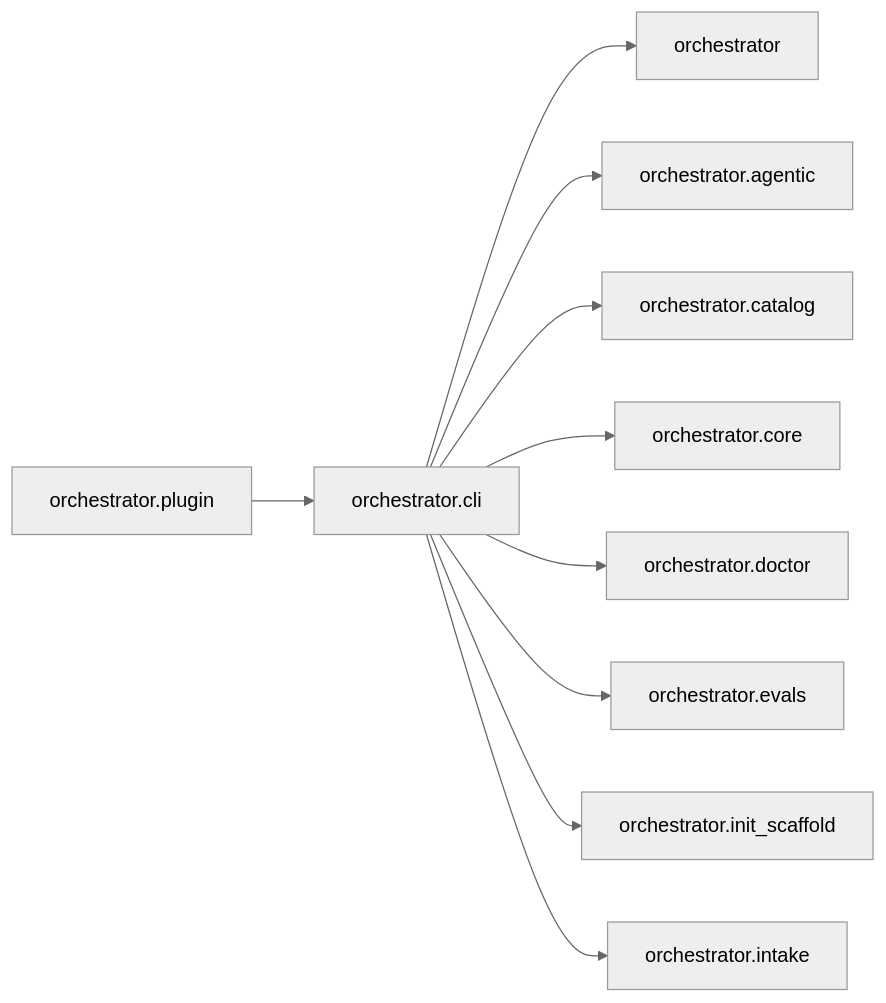
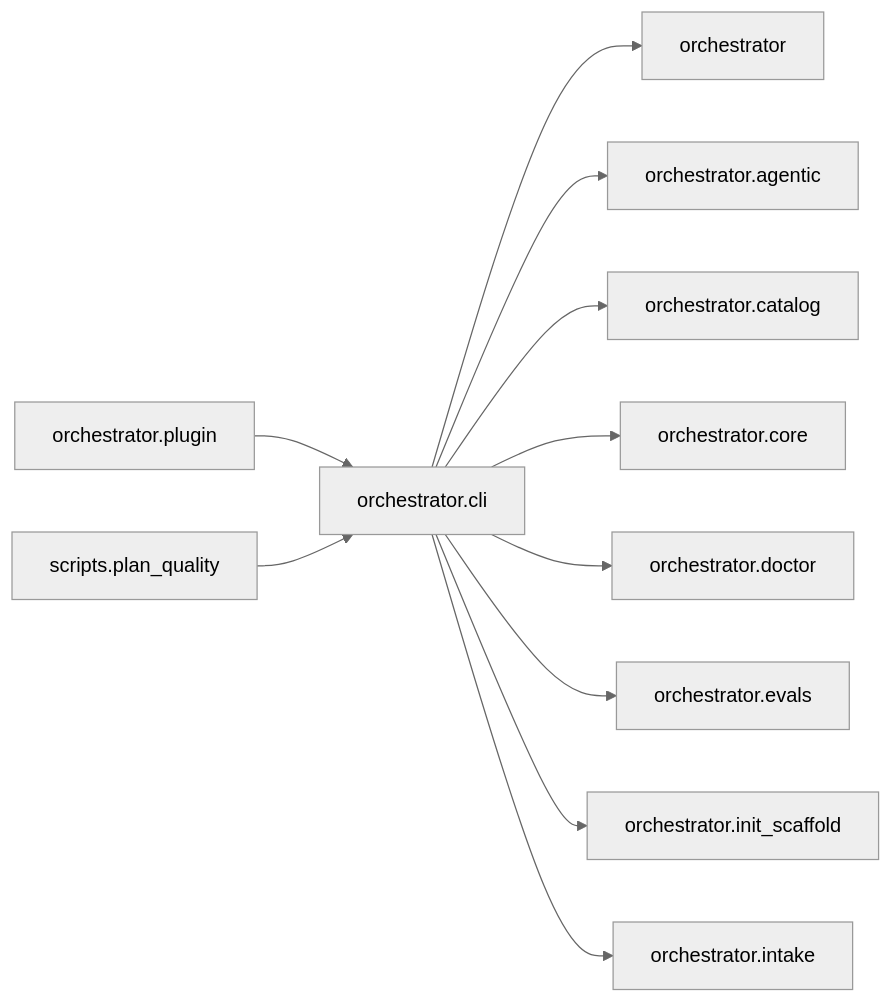
Before and after one commit to synaptixs/spine: the diagram in episteme/areas/orchestrator.cli.md, drawn with Mermaid (neutral theme). The commit also changed other lines of this file and 36 other files, not shown here.

````diff
--- a/episteme/areas/orchestrator.cli.md
+++ b/episteme/areas/orchestrator.cli.md
@@ -8,22 +8,24 @@
 ```mermaid
 flowchart LR
   n0["orchestrator.cli"]
   n1["orchestrator.plugin"]
-  n2["orchestrator"]
-  n3["orchestrator.agentic"]
-  n4["orchestrator.catalog"]
-  n5["orchestrator.core"]
-  n6["orchestrator.doctor"]
-  n7["orchestrator.evals"]
-  n8["orchestrator.init_scaffold"]
-  n9["orchestrator.intake"]
+  n2["scripts.plan_quality"]
+  n3["orchestrator"]
+  n4["orchestrator.agentic"]
+  n5["orchestrator.catalog"]
+  n6["orchestrator.core"]
+  n7["orchestrator.doctor"]
+  n8["orchestrator.evals"]
+  n9["orchestrator.init_scaffold"]
+  n10["orchestrator.intake"]
   n1 --> n0
-  n0 --> n2
+  n2 --> n0
   n0 --> n3
   n0 --> n4
   n0 --> n5
   n0 --> n6
   n0 --> n7
   n0 --> n8
   n0 --> n9
+  n0 --> n10
 ```
````
